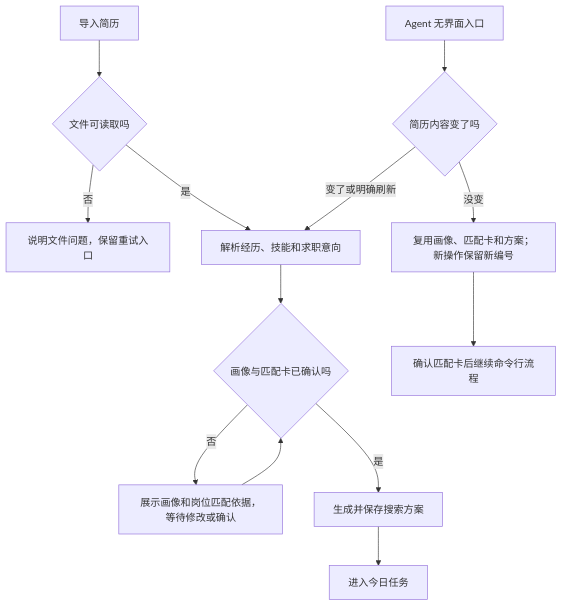
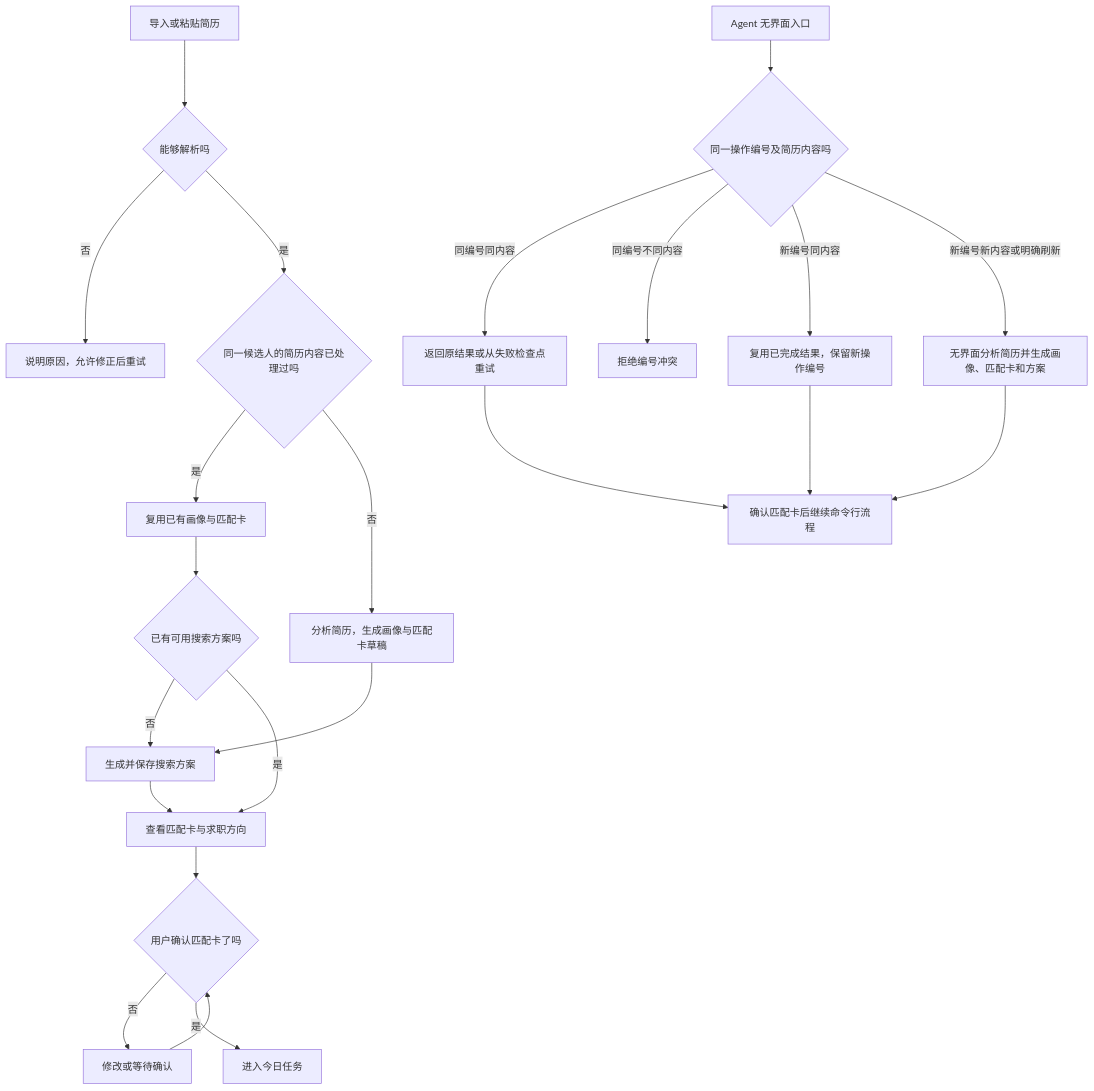
One commit to daydreamer0213/OfferGo changed the second of 16 diagrams in docs/offergo-product-module-flows.md. Above: the diagram before and after it, drawn with Mermaid. The commit also changed other lines of this file, not shown here.

Commit message:
docs: correct OfferGo module flow diagrams against code

````diff
--- a/docs/offergo-product-module-flows.md
+++ b/docs/offergo-product-module-flows.md
@@ -30,15 +34,25 @@
 ```mermaid
 flowchart TD
-  A[导入简历] --> B{文件可读取吗}
-  B -- 否 --> B1[说明文件问题，保留重试入口]
-  B -- 是 --> C[解析经历、技能和求职意向]
-  C --> D{画像与匹配卡已确认吗}
-  D -- 否 --> E[展示画像和岗位匹配依据，等待修改或确认]
-  E --> D
-  D -- 是 --> F[生成并保存搜索方案]
-  F --> G[进入今日任务]
-  H[Agent 无界面入口] --> I{简历内容变了吗}
-  I -- 没变 --> J[复用画像、匹配卡和方案；新操作保留新编号]
-  I -- 变了或明确刷新 --> C
-  J --> K[确认匹配卡后继续命令行流程]
+  A[导入或粘贴简历] --> B{能够解析吗}
+  B -- 否 --> B1[说明原因，允许修正后重试]
+  B -- 是 --> C{同一候选人的简历内容已处理过吗}
+  C -- 是 --> D[复用已有画像与匹配卡]
+  C -- 否 --> E[分析简历，生成画像与匹配卡草稿]
+  E --> F[生成并保存搜索方案]
+  D --> G{已有可用搜索方案吗}
+  G -- 否 --> F
+  G -- 是 --> H[查看匹配卡与求职方向]
+  F --> H
+  H --> I{用户确认匹配卡了吗}
+  I -- 否 --> J[修改或等待确认]
+  J --> I
+  I -- 是 --> K[进入今日任务]
+  L[Agent 无界面入口] --> M{同一操作编号及简历内容吗}
+  M -- 同编号同内容 --> N[返回原结果或从失败检查点重试]
+  M -- 同编号不同内容 --> O[拒绝编号冲突]
+  M -- 新编号同内容 --> P[复用已完成结果，保留新操作编号]
+  M -- 新编号新内容或明确刷新 --> R[无界面分析简历并生成画像、匹配卡和方案]
+  N --> Q[确认匹配卡后继续命令行流程]
+  P --> Q
+  R --> Q
 ```
````
